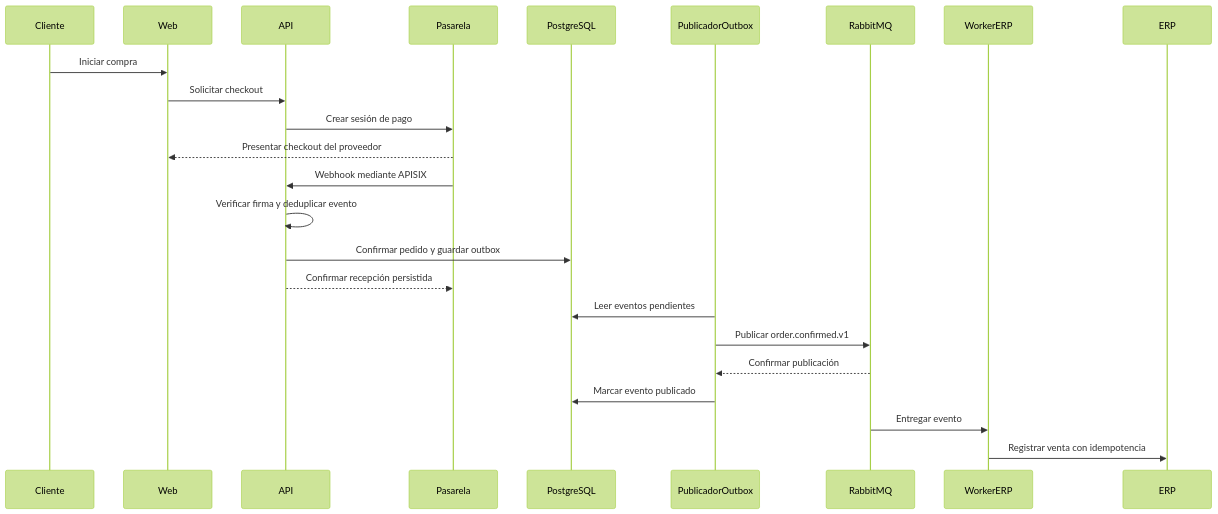
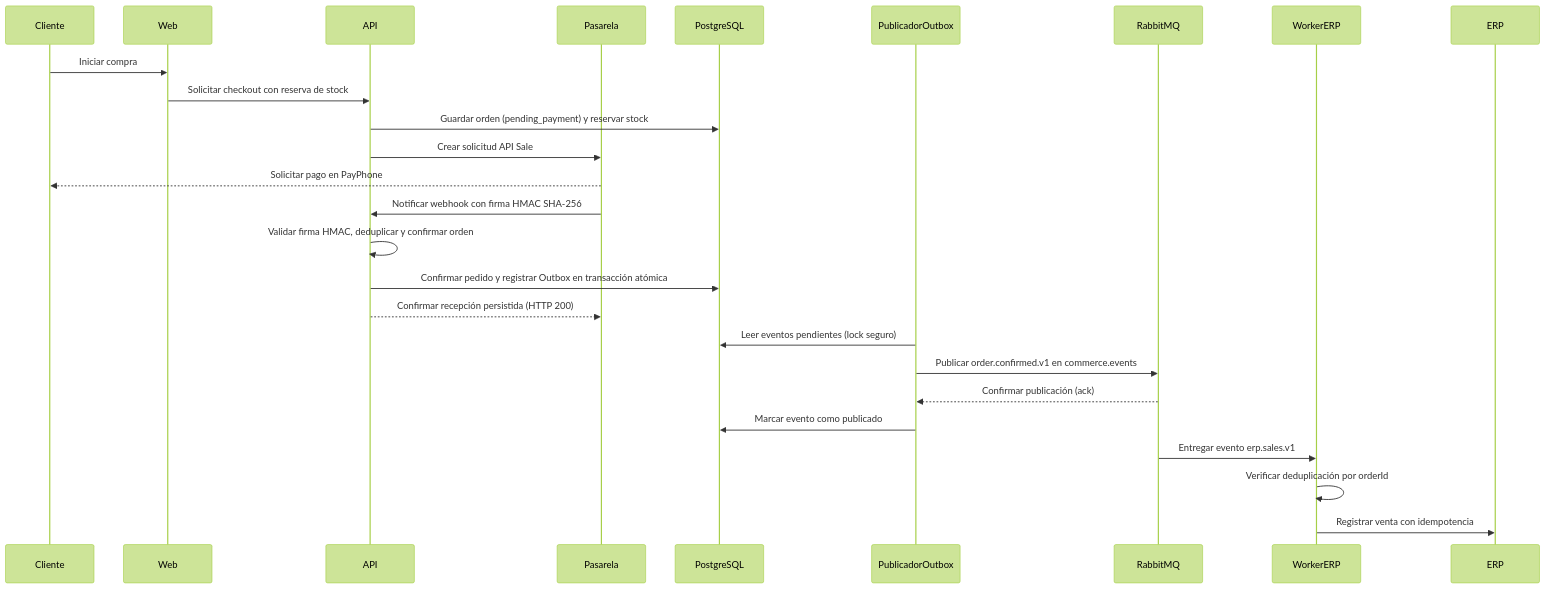
One commit to TESSIUM-Tech/GroupMG-Commerce-Demo changed the second of 2 diagrams in README.md. Above: the diagram before and after it, drawn with Mermaid (forest theme). The commit also changed other lines of this file and 272 other files, not shown here.

````diff
--- a/README.md
+++ b/README.md
@@ -73,27 +68,29 @@
 ```mermaid
 sequenceDiagram
     participant Cliente
     participant Web
     participant API
     participant Pasarela
     participant PostgreSQL
     participant PublicadorOutbox
     participant RabbitMQ
     participant WorkerERP
     participant ERP
 
     Cliente->>Web: Iniciar compra
-    Web->>API: Solicitar checkout
-    API->>Pasarela: Crear sesión de pago
-    Pasarela-->>Web: Presentar checkout del proveedor
-    Pasarela->>API: Webhook mediante APISIX
-    API->>API: Verificar firma y deduplicar evento
-    API->>PostgreSQL: Confirmar pedido y guardar outbox
-    API-->>Pasarela: Confirmar recepción persistida
-    PublicadorOutbox->>PostgreSQL: Leer eventos pendientes
-    PublicadorOutbox->>RabbitMQ: Publicar order.confirmed.v1
-    RabbitMQ-->>PublicadorOutbox: Confirmar publicación
-    PublicadorOutbox->>PostgreSQL: Marcar evento publicado
-    RabbitMQ->>WorkerERP: Entregar evento
+    Web->>API: Solicitar checkout con reserva de stock
+    API->>PostgreSQL: Guardar orden (pending_payment) y reservar stock
+    API->>Pasarela: Crear solicitud API Sale
+    Pasarela-->>Cliente: Solicitar pago en PayPhone
+    Pasarela->>API: Notificar webhook con firma HMAC SHA-256
+    API->>API: Validar firma HMAC, deduplicar y confirmar orden
+    API->>PostgreSQL: Confirmar pedido y registrar Outbox en transacción atómica
+    API-->>Pasarela: Confirmar recepción persistida (HTTP 200)
+    PublicadorOutbox->>PostgreSQL: Leer eventos pendientes (lock seguro)
+    PublicadorOutbox->>RabbitMQ: Publicar order.confirmed.v1 en commerce.events
+    RabbitMQ-->>PublicadorOutbox: Confirmar publicación (ack)
+    PublicadorOutbox->>PostgreSQL: Marcar evento como publicado
+    RabbitMQ->>WorkerERP: Entregar evento erp.sales.v1
+    WorkerERP->>WorkerERP: Verificar deduplicación por orderId
     WorkerERP->>ERP: Registrar venta con idempotencia
 ```
````
